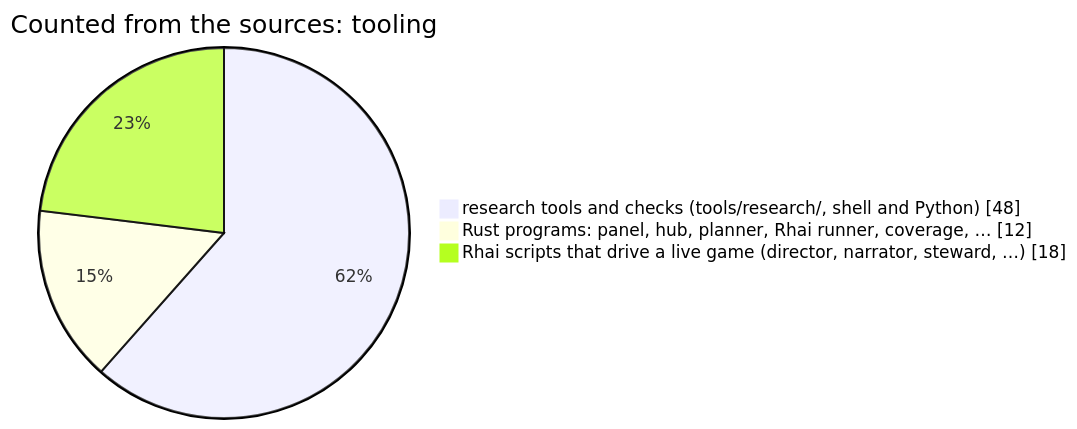
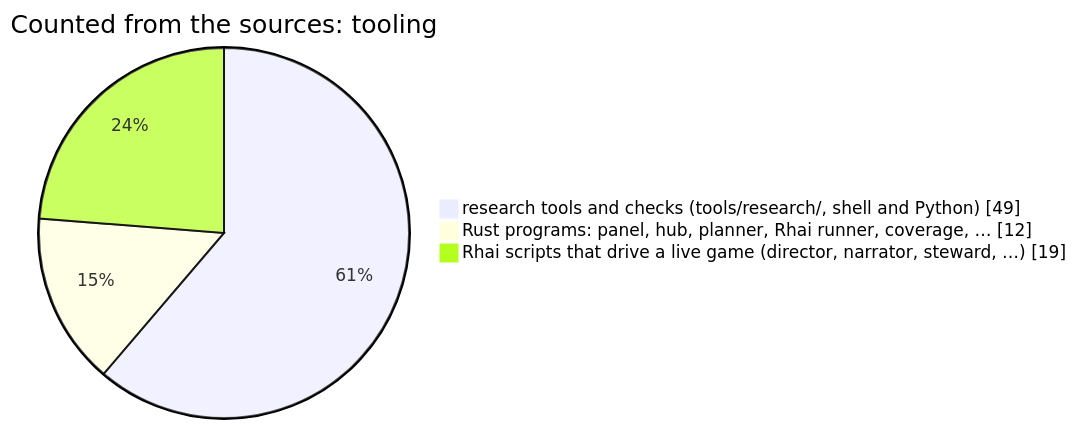
The seventh of 12 diagrams in README.md (korczis/OpenTTD), drawn with Mermaid before and after one commit. The commit also changed other lines of this file and 23 other files, not shown here.

````diff
--- a/README.md
+++ b/README.md
@@ -798,6 +798,6 @@
 ```mermaid
 pie showData title Counted from the sources: tooling
-    "research tools and checks (tools/research/, shell and Python)" : 48
+    "research tools and checks (tools/research/, shell and Python)" : 49
     "Rust programs: panel, hub, planner, Rhai runner, coverage, …" : 12
-    "Rhai scripts that drive a live game (director, narrator, steward, …)" : 18
+    "Rhai scripts that drive a live game (director, narrator, steward, …)" : 19
 ```
````
